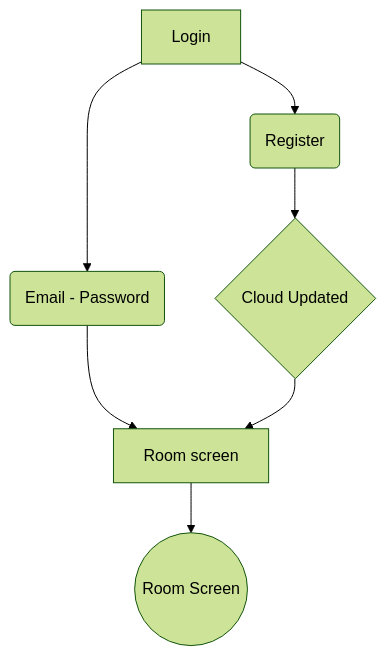
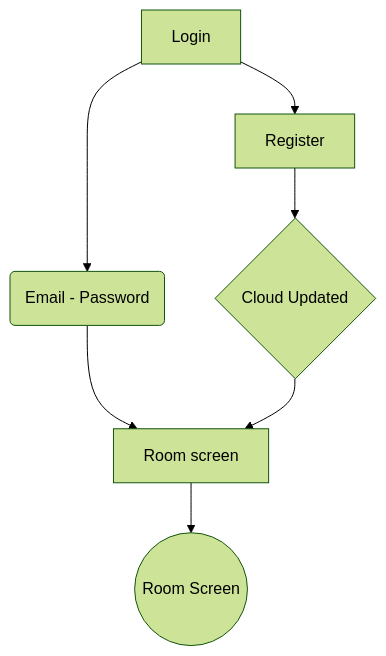
Before and after one commit to nsweatlas/mahallahfriendfinder: the diagram in README.md, drawn with Mermaid (forest theme).

````diff
--- a/README.md
+++ b/README.md
@@ -34,9 +34,9 @@
 ```mermaid
 graph
-A[Login] --> B(Register)
+A[Login] --> B[Register]
 A --> C(Email - Password)
 C --> D{User Authentication}
 D --> E((Room Screen))
 B --> F{Cloud Updated}
 F --> D[Room screen]
 ```
````
